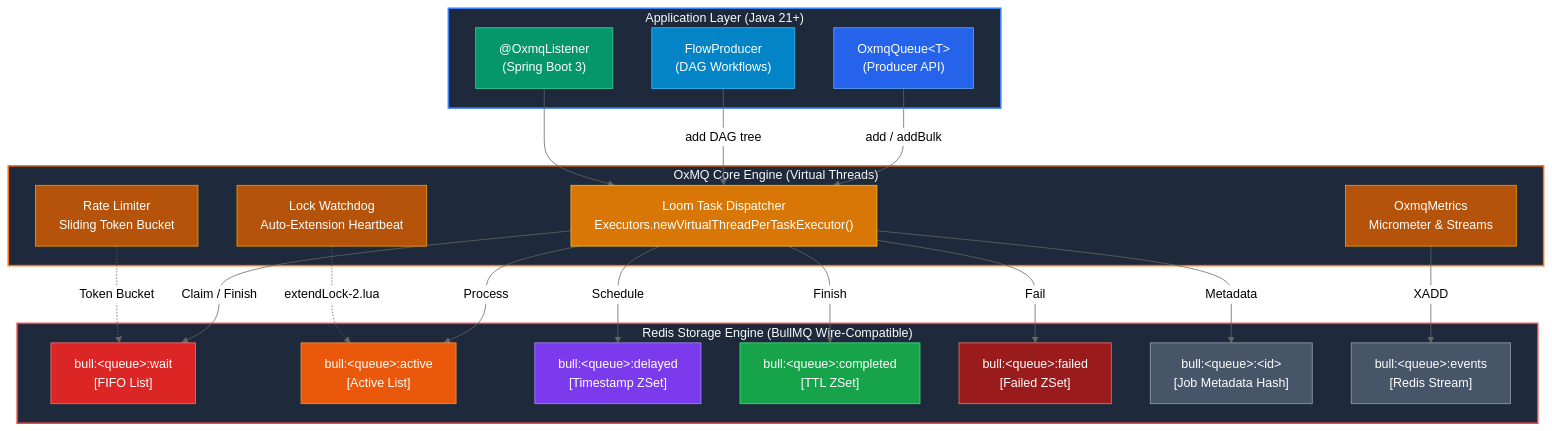
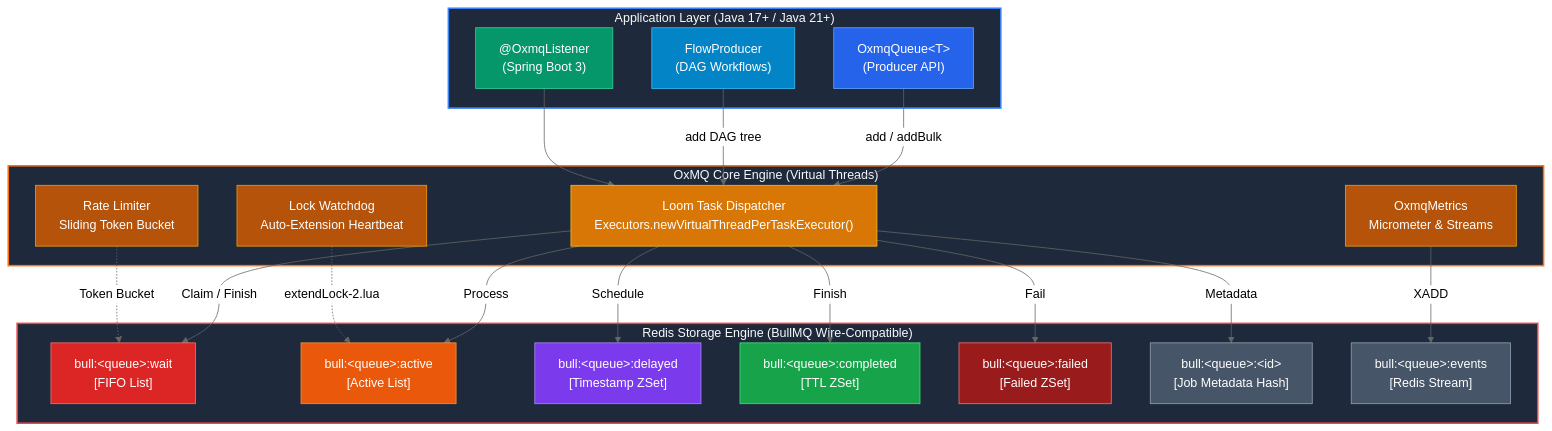
The diagram in docs/guide/what-is-oxmq.md (gaurav10610/oxmq), drawn with Mermaid (neutral theme) before and after one commit. The commit also changed other lines of this file and 21 other files, not shown here.

````diff
--- a/docs/guide/what-is-oxmq.md
+++ b/docs/guide/what-is-oxmq.md
@@ -32,60 +32,60 @@
 ```mermaid
 graph TB
-    subgraph App["Application Layer (Java 21+)"]
+    subgraph App["Application Layer (Java 17+ / Java 21+)"]
         Producer["OxmqQueue&lt;T&gt;<br/>(Producer API)"]
         Flow["FlowProducer<br/>(DAG Workflows)"]
         SpringListener["@OxmqListener<br/>(Spring Boot 3)"]
     end
 
     subgraph Engine["OxMQ Core Engine (Virtual Threads)"]
         Loom["Loom Task Dispatcher<br/>Executors.newVirtualThreadPerTaskExecutor()"]
         Watchdog["Lock Watchdog<br/>Auto-Extension Heartbeat"]
         Limiter["Rate Limiter<br/>Sliding Token Bucket"]
         Telemetry["OxmqMetrics<br/>Micrometer &amp; Streams"]
     end
 
     subgraph Redis["Redis Storage Engine (BullMQ Wire-Compatible)"]
         Wait["bull:&lt;queue&gt;:wait<br/>[FIFO List]"]
         Active["bull:&lt;queue&gt;:active<br/>[Active List]"]
         Delayed["bull:&lt;queue&gt;:delayed<br/>[Timestamp ZSet]"]
         Completed["bull:&lt;queue&gt;:completed<br/>[TTL ZSet]"]
         Failed["bull:&lt;queue&gt;:failed<br/>[Failed ZSet]"]
         JobHash["bull:&lt;queue&gt;:&lt;id&gt;<br/>[Job Metadata Hash]"]
         EventsStream["bull:&lt;queue&gt;:events<br/>[Redis Stream]"]
     end
 
     Producer -->|add / addBulk| Loom
     Flow -->|add DAG tree| Loom
     SpringListener --> Loom
 
     Loom -->|Claim / Finish| Wait
     Loom -->|Process| Active
     Loom -->|Schedule| Delayed
     Loom -->|Finish| Completed
     Loom -->|Fail| Failed
     Watchdog -.->|extendLock-2.lua| Active
     Limiter -.->|Token Bucket| Wait
     Loom -->|Metadata| JobHash
     Telemetry -->|XADD| EventsStream
 
     style App fill:#1e293b,stroke:#3b82f6,stroke-width:2px,color:#f8fafc
     style Engine fill:#1e293b,stroke:#f97316,stroke-width:2px,color:#f8fafc
     style Redis fill:#1e293b,stroke:#ef4444,stroke-width:2px,color:#f8fafc
 
     style Producer fill:#2563eb,stroke:#60a5fa,stroke-width:1px,color:#ffffff
     style Flow fill:#0284c7,stroke:#38bdf8,stroke-width:1px,color:#ffffff
     style SpringListener fill:#059669,stroke:#34d399,stroke-width:1px,color:#ffffff
 
     style Loom fill:#d97706,stroke:#fbbf24,stroke-width:1px,color:#ffffff
     style Watchdog fill:#b45309,stroke:#f59e0b,stroke-width:1px,color:#ffffff
     style Limiter fill:#b45309,stroke:#f59e0b,stroke-width:1px,color:#ffffff
     style Telemetry fill:#b45309,stroke:#f59e0b,stroke-width:1px,color:#ffffff
 
     style Wait fill:#dc2626,stroke:#f87171,stroke-width:1px,color:#ffffff
     style Active fill:#ea580c,stroke:#fb923c,stroke-width:1px,color:#ffffff
     style Delayed fill:#7c3aed,stroke:#a78bfa,stroke-width:1px,color:#ffffff
     style Completed fill:#16a34a,stroke:#4ade80,stroke-width:1px,color:#ffffff
     style Failed fill:#991b1b,stroke:#f87171,stroke-width:1px,color:#ffffff
     style JobHash fill:#475569,stroke:#94a3b8,stroke-width:1px,color:#ffffff
     style EventsStream fill:#475569,stroke:#94a3b8,stroke-width:1px,color:#ffffff
 ```
````
